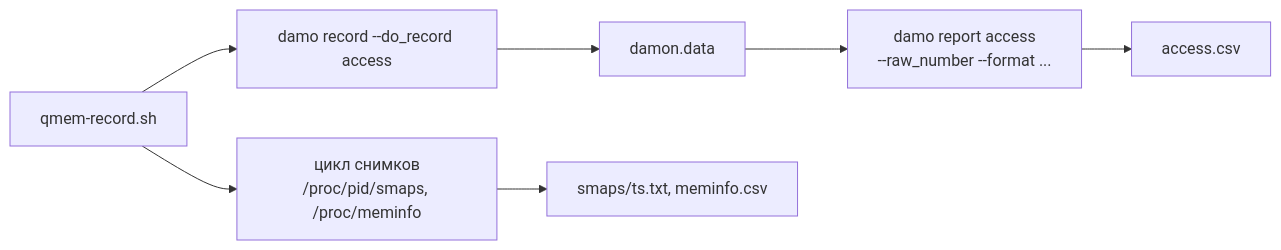
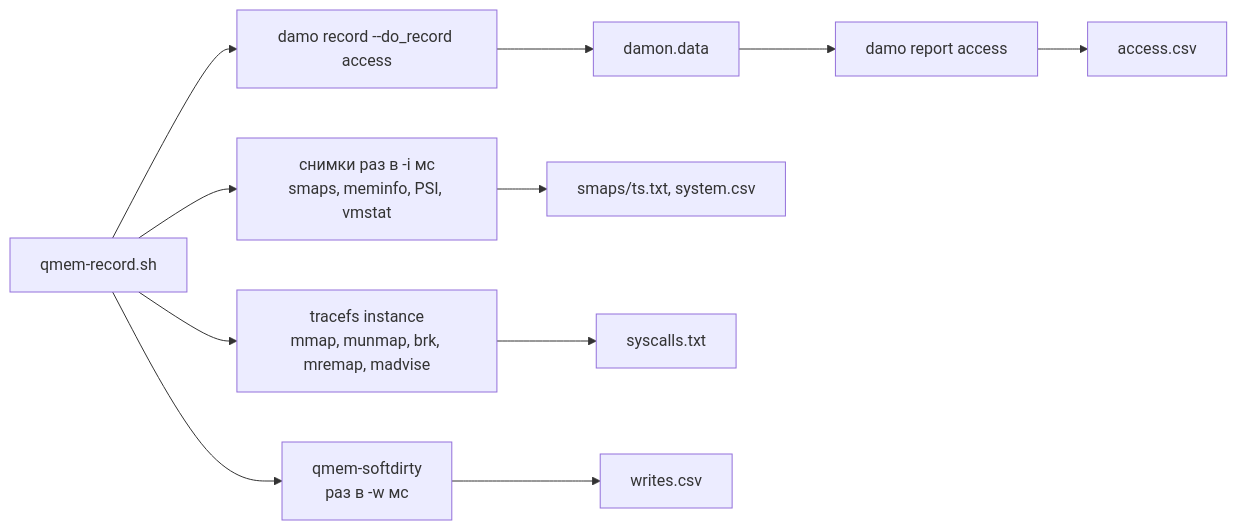
The diagram in docs/modules/record.md (DanLyss/qmem), drawn with Mermaid before and after one commit. The commit also changed other lines of this file, not shown here.

Commit message:
docs: record plan R3-R7 adapted to the damo + script approach

````diff
--- a/docs/modules/record.md
+++ b/docs/modules/record.md
@@ -25,9 +32,13 @@
 ```mermaid
 flowchart LR
     Script["qmem-record.sh"] --> Rec["damo record --do_record access"]
-    Script --> Snap["цикл снимков<br/>/proc/pid/smaps, /proc/meminfo"]
+    Script --> Snap["снимки раз в -i мс<br/>smaps, meminfo, PSI, vmstat"]
+    Script --> Tfs["tracefs instance<br/>mmap, munmap, brk, mremap, madvise"]
+    Script --> SD["qmem-softdirty<br/>раз в -w мс"]
     Rec --> Raw["damon.data"]
-    Raw --> Rep["damo report access<br/>--raw_number --format ..."]
+    Raw --> Rep["damo report access"]
     Rep --> CSV["access.csv"]
-    Snap --> Files["smaps/ts.txt, meminfo.csv"]
+    Snap --> Files["smaps/ts.txt, system.csv"]
+    Tfs --> Sys["syscalls.txt"]
+    SD --> W["writes.csv"]
 ```
````
